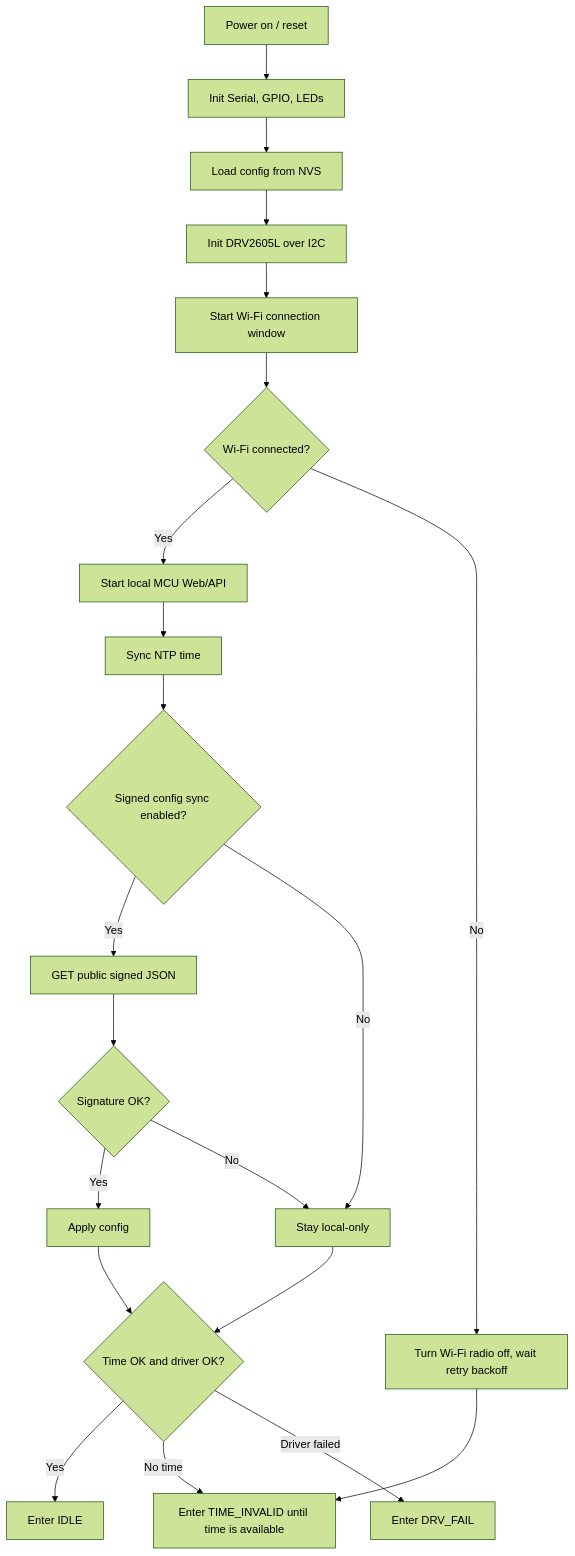
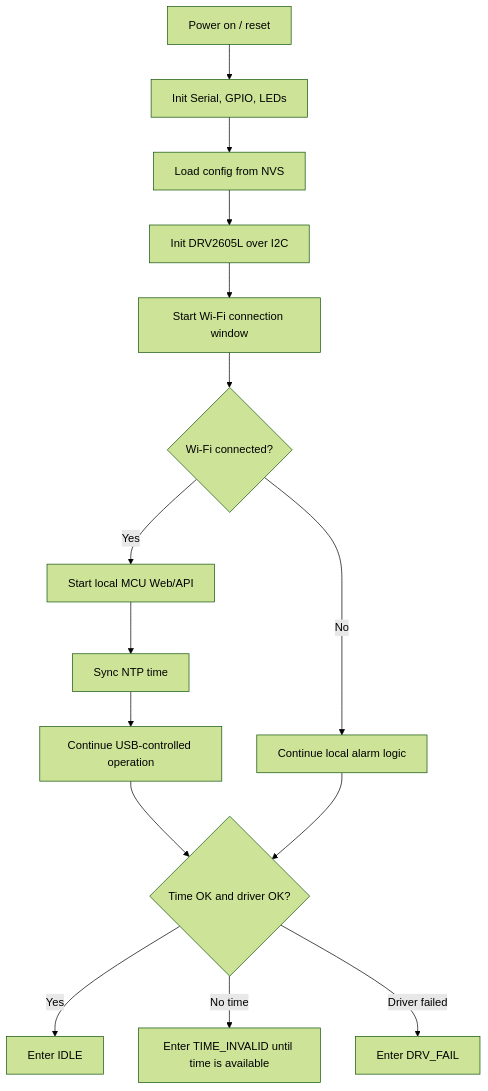
Before and after one commit to terry-eric/esp32c3-clock-web: the first of 2 diagrams in docs/MCU_LOGIC.md, drawn with Mermaid (forest theme). The commit also changed other lines of this file and 10 other files, not shown here.

````diff
--- a/docs/MCU_LOGIC.md
+++ b/docs/MCU_LOGIC.md
@@ -14,23 +13,17 @@
 ```mermaid
 flowchart TD
   A["Power on / reset"] --> B["Init Serial, GPIO, LEDs"]
   B --> C["Load config from NVS"]
   C --> D["Init DRV2605L over I2C"]
   D --> E["Start Wi-Fi connection window"]
   E --> F{"Wi-Fi connected?"}
   F -- "Yes" --> G["Start local MCU Web/API"]
   G --> H["Sync NTP time"]
-  H --> I{"Signed config sync enabled?"}
-  I -- "Yes" --> J["GET public signed JSON"]
-  I -- "No" --> K["Stay local-only"]
-  J --> Q{"Signature OK?"}
-  Q -- "Yes" --> R["Apply config"]
-  Q -- "No" --> K
-  R --> L{"Time OK and driver OK?"}
-  K --> L
-  F -- "No" --> M["Turn Wi-Fi radio off, wait retry backoff"]
-  M --> N["Enter TIME_INVALID until time is available"]
-  L -- "Yes" --> O["Enter IDLE"]
-  L -- "No time" --> N
-  L -- "Driver failed" --> P["Enter DRV_FAIL"]
+  H --> I["Continue USB-controlled operation"]
+  F -- "No" --> J["Continue local alarm logic"]
+  I --> K{"Time OK and driver OK?"}
+  J --> K
+  K -- "Yes" --> L["Enter IDLE"]
+  K -- "No time" --> M["Enter TIME_INVALID until time is available"]
+  K -- "Driver failed" --> N["Enter DRV_FAIL"]
 ```
````
